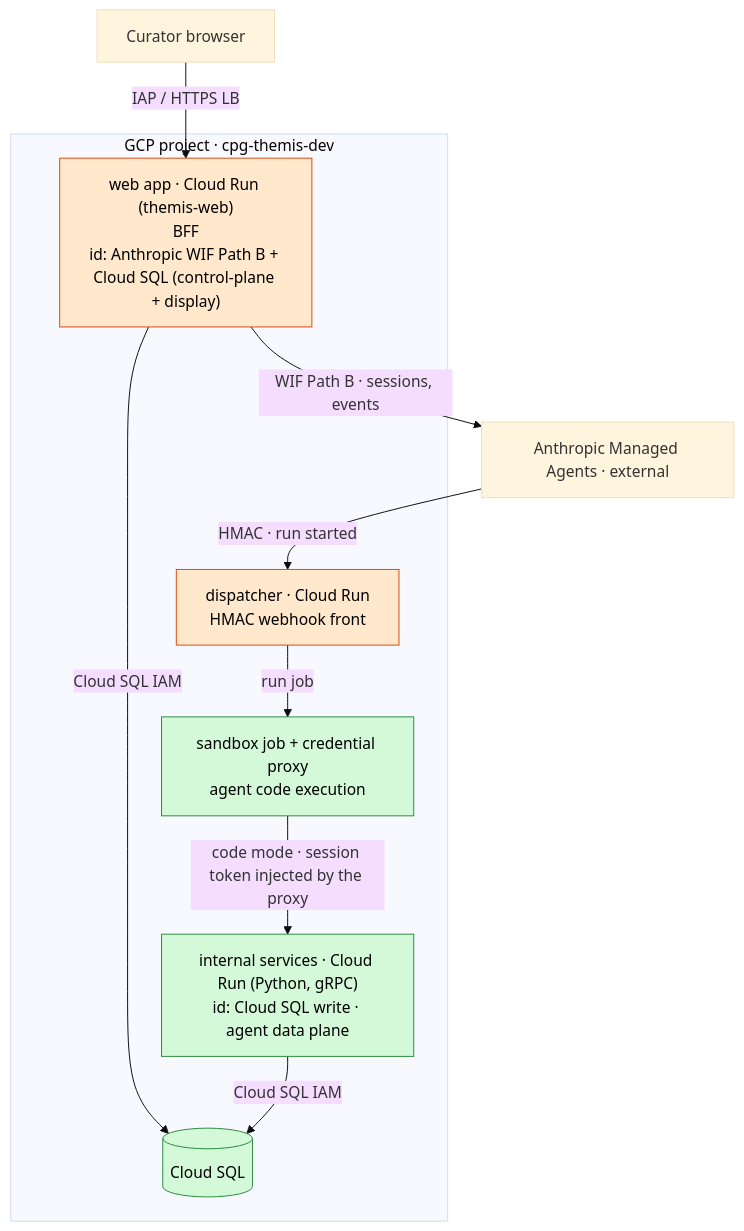
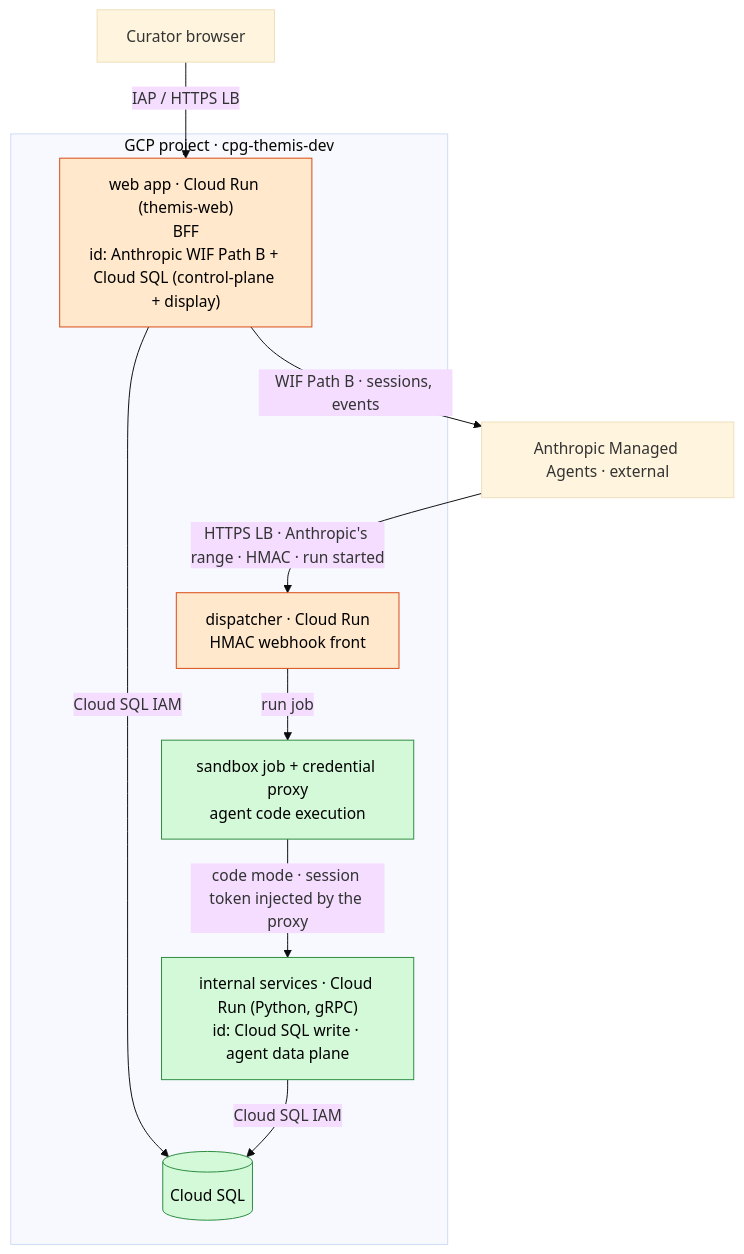
Before and after one commit to populationgenomics/themis: the diagram in docs/design/spike-infrastructure.md, drawn with Mermaid (base theme). The commit also changed other lines of this file and 7 other files, not shown here.

````diff
--- a/docs/design/spike-infrastructure.md
+++ b/docs/design/spike-infrastructure.md
@@ -127,24 +139,24 @@
 ```mermaid
 flowchart TB
   browser["Curator browser"]
   ma["Anthropic Managed Agents · external"]
   subgraph gcp["GCP project · cpg-themis-dev"]
     web["web app · Cloud Run (themis-web)<br/>BFF<br/>id: Anthropic WIF Path B + Cloud SQL (control-plane + display)"]
     disp["dispatcher · Cloud Run<br/>HMAC webhook front"]
     sandbox["sandbox job + credential proxy<br/>agent code execution"]
     svc["internal services · Cloud Run (Python, gRPC)<br/>id: Cloud SQL write · agent data plane"]
     sql[("Cloud SQL")]
   end
   browser -->|"IAP / HTTPS LB"| web
   web -->|"WIF Path B · sessions, events"| ma
-  ma -->|"HMAC · run started"| disp
+  ma -->|"HTTPS LB · Anthropic's range · HMAC · run started"| disp
   disp -->|"run job"| sandbox
   sandbox -->|"code mode · session token injected by the proxy"| svc
   web -->|"Cloud SQL IAM"| sql
   svc -->|"Cloud SQL IAM"| sql
 
   classDef public fill:#ffe8cc,stroke:#d9480f,color:#000
   classDef internal fill:#d3f9d8,stroke:#2b8a3e,color:#000
   class web,disp public
   class svc,sandbox,sql internal
 ```
````
